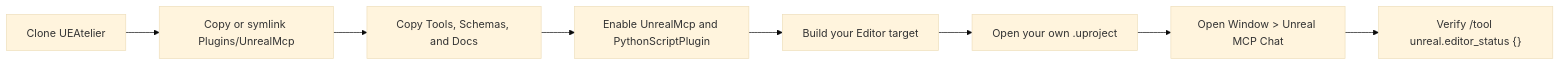
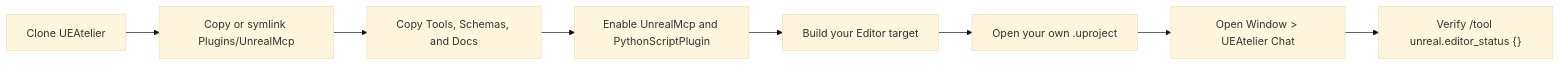
Before and after one commit to edwinmeng163-oss/UEMCP: the diagram in README.md, drawn with Mermaid (base theme). The commit also changed other lines of this file and 9 other files, not shown here.

````diff
--- a/README.md
+++ b/README.md
@@ -772,10 +760,10 @@
 ```mermaid
 flowchart LR
     A["Clone UEAtelier"] --> B["Copy or symlink Plugins/UnrealMcp"]
     B --> C["Copy Tools, Schemas, and Docs"]
     C --> D["Enable UnrealMcp and PythonScriptPlugin"]
     D --> E["Build your Editor target"]
     E --> F["Open your own .uproject"]
-    F --> G["Open Window > Unreal MCP Chat"]
+    F --> G["Open Window > UEAtelier Chat"]
     G --> H["Verify /tool unreal.editor_status {}"]
 ```
````
